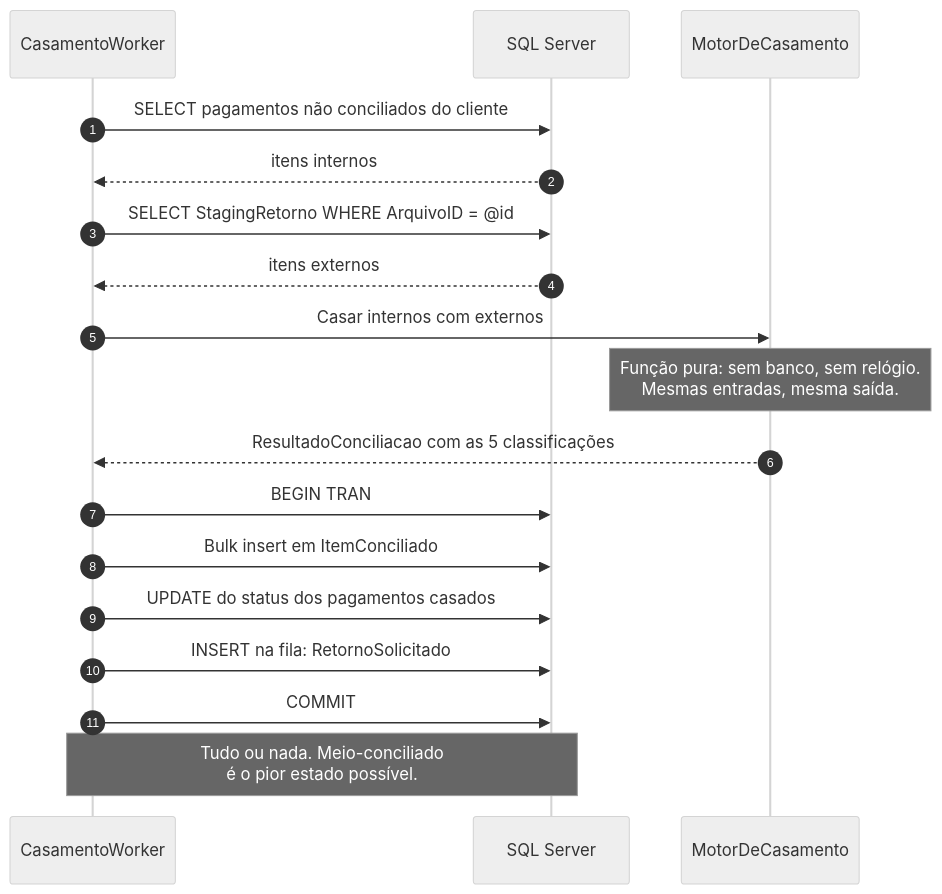
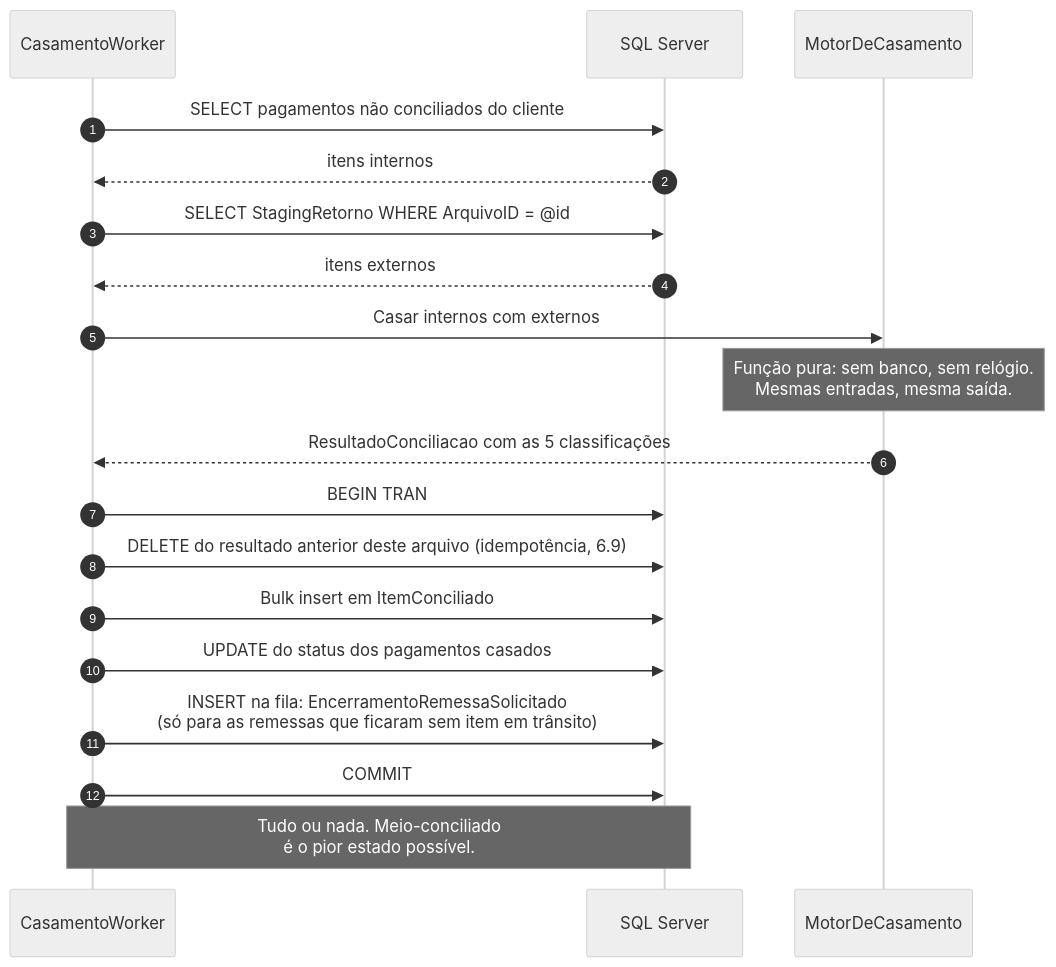
Before and after one commit to danielbfr3/sobre_aws: the seventh of 16 diagrams in conciliacao-guia-completo.md, drawn with Mermaid (neutral theme). The commit also changed other lines of this file, not shown here.

````diff
--- a/conciliacao-guia-completo.md
+++ b/conciliacao-guia-completo.md
@@ -586,23 +1192,24 @@
 ```mermaid
 sequenceDiagram
     autonumber
     participant W as CasamentoWorker
     participant DB as SQL Server
     participant M as MotorDeCasamento
 
     W->>DB: SELECT pagamentos não conciliados do cliente
     DB-->>W: itens internos
     W->>DB: SELECT StagingRetorno WHERE ArquivoID = @id
     DB-->>W: itens externos
 
     W->>M: Casar internos com externos
     Note over M: Função pura: sem banco, sem relógio.<br/>Mesmas entradas, mesma saída.
     M-->>W: ResultadoConciliacao com as 5 classificações
 
     W->>DB: BEGIN TRAN
+    W->>DB: DELETE do resultado anterior deste arquivo (idempotência, 6.9)
     W->>DB: Bulk insert em ItemConciliado
     W->>DB: UPDATE do status dos pagamentos casados
-    W->>DB: INSERT na fila: RetornoSolicitado
+    W->>DB: INSERT na fila: EncerramentoRemessaSolicitado<br/>(só para as remessas que ficaram sem item em trânsito)
     W->>DB: COMMIT
     Note over W,DB: Tudo ou nada. Meio-conciliado<br/>é o pior estado possível.
 ```
````
